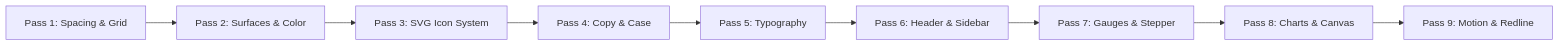
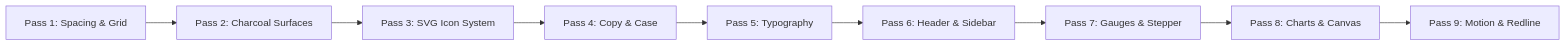
Before and after one commit to Nikhil162004/AI-Based-Cyber-Security-Gateway-AICG: the diagram in docs/unslop_plan.md, drawn with Mermaid. The commit also changed other lines of this file and 102 other files, not shown here.

Commit message:
feat(ui): complete industrial dark-graphite unslopping, simulation preservation, and test hardening

````diff
--- a/docs/unslop_plan.md
+++ b/docs/unslop_plan.md
@@ -107,11 +146,11 @@
 ```mermaid
 flowchart LR
-    P1["Pass 1: Spacing & Grid"] --> P2["Pass 2: Surfaces & Color"]
+    P1["Pass 1: Spacing & Grid"] --> P2["Pass 2: Charcoal Surfaces"]
     P2 --> P3["Pass 3: SVG Icon System"]
     P3 --> P4["Pass 4: Copy & Case"]
     P4 --> P5["Pass 5: Typography"]
     P5 --> P6["Pass 6: Header & Sidebar"]
     P6 --> P7["Pass 7: Gauges & Stepper"]
     P7 --> P8["Pass 8: Charts & Canvas"]
     P8 --> P9["Pass 9: Motion & Redline"]
 ```
````
